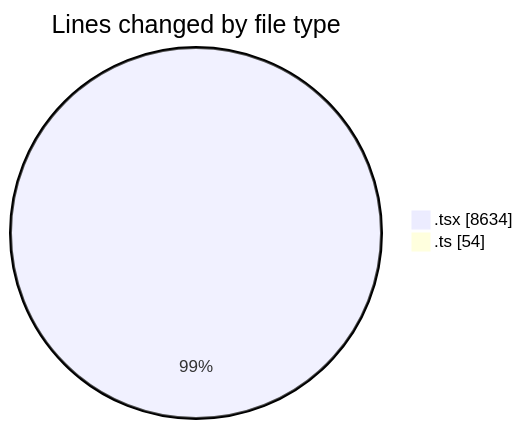
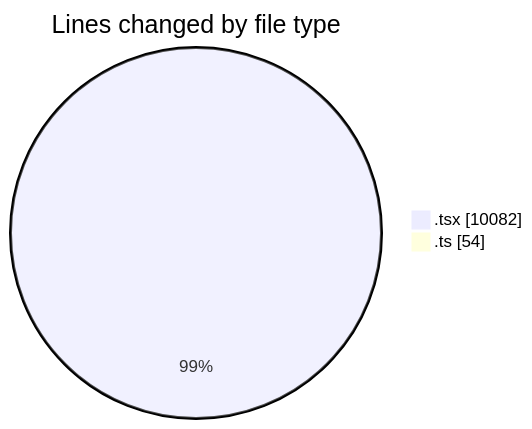
One commit to nxtqubesakshisongat/code-tracking changed the first of 2 diagrams in 2026-03-05/nxtqube_webapp/README.md. Above: the diagram before and after it, drawn with Mermaid. The commit also changed other lines of this file and 1 other file, not shown here.

````diff
--- a/2026-03-05/nxtqube_webapp/README.md
+++ b/2026-03-05/nxtqube_webapp/README.md
@@ -32,6 +34,6 @@
 ```mermaid
 pie showData
 title Lines changed by file type
-".tsx" : 8634
+".tsx" : 10082
 ".ts" : 54
 ```
````
